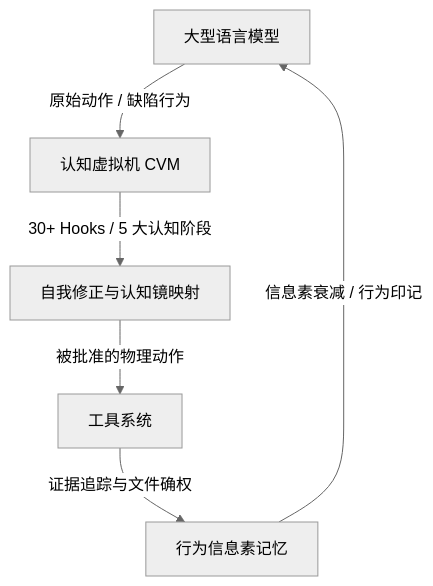
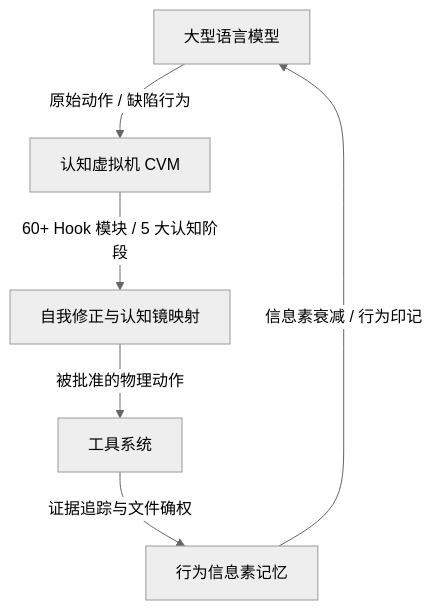
One commit to huiliyi37/Tianshu-Tui changed the diagram in README.md. Above: the diagram before and after it, drawn with Mermaid (neutral theme). The commit also changed other lines of this file and 10 other files, not shown here.

````diff
--- a/README.md
+++ b/README.md
@@ -188,8 +188,8 @@
 ```mermaid
 graph TD
     LLM[大型语言模型] -->|原始动作 / 缺陷行为| CVM[认知虚拟机 CVM]
-    CVM -->|30+ Hooks / 5 大认知阶段| Engine[自我修正与认知镜映射]
+    CVM -->|60+ Hook 模块 / 5 大认知阶段| Engine[自我修正与认知镜映射]
     Engine -->|被批准的物理动作| Tools[工具系统]
     Tools -->|证据追踪与文件确权| Stigmergy[行为信息素记忆]
     Stigmergy -->|信息素衰减 / 行为印记| LLM
 ```
````
